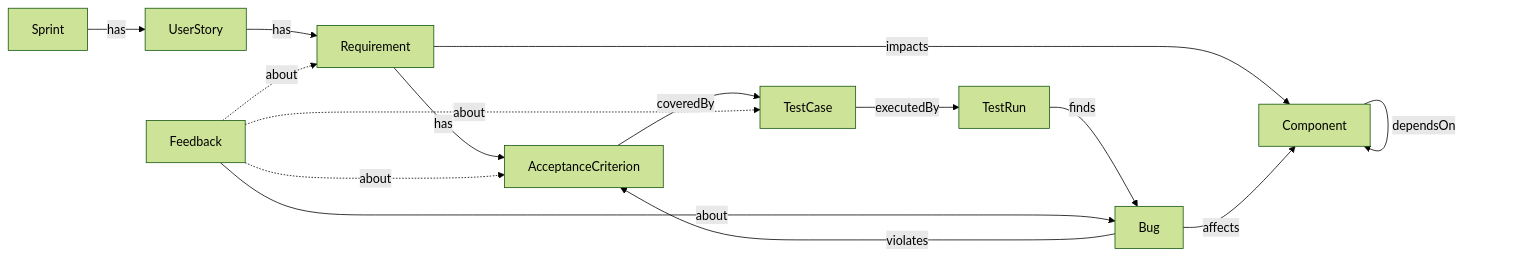
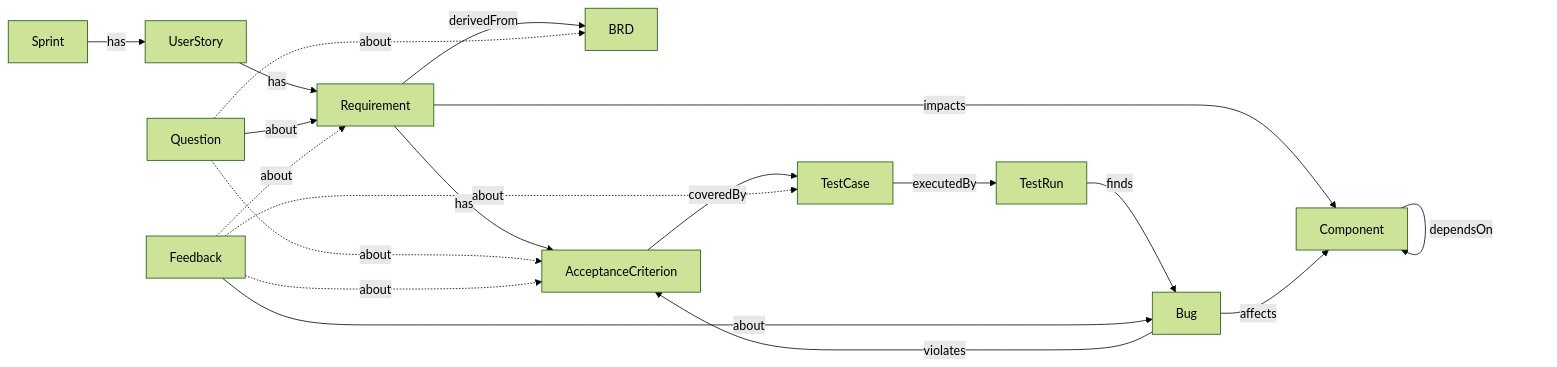
One commit to minhphuEP/tieu-kiwi changed the diagram in docs/ontology.md. Above: the diagram before and after it, drawn with Mermaid (forest theme). The commit also changed other lines of this file, not shown here.

First line of the commit message:
docs(ontology): document BRD + Question node types, [Bug]-subtask table convention

````diff
--- a/docs/ontology.md
+++ b/docs/ontology.md
@@ -35,17 +39,21 @@
 ```mermaid
 graph LR
   Sprint -->|has| UserStory
   UserStory -->|has| Requirement
+  Requirement -->|derivedFrom| BRD
   Requirement -->|has| AC[AcceptanceCriterion]
   Requirement -->|impacts| Component
   AC -->|coveredBy| TestCase
   TestCase -->|executedBy| TestRun
   TestRun -->|finds| Bug
   Bug -->|affects| Component
   Bug -->|violates| AC
   Component -->|dependsOn| Component
+  Question -->|about| Requirement
+  Question -.about.-> BRD
+  Question -.about.-> AC
   Feedback -->|about| Bug
   Feedback -.about.-> Requirement
   Feedback -.about.-> TestCase
   Feedback -.about.-> AC
 ```
````
